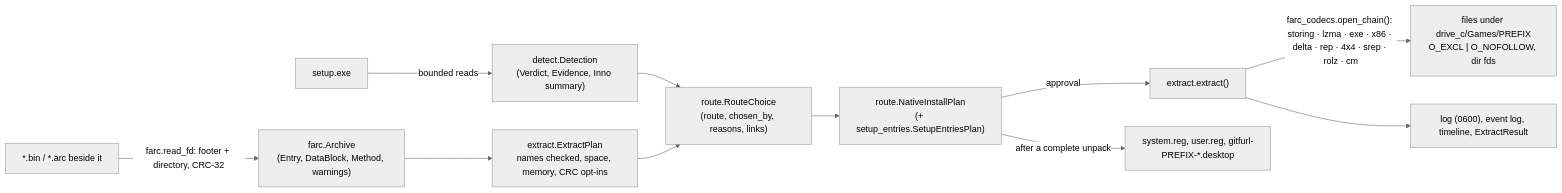
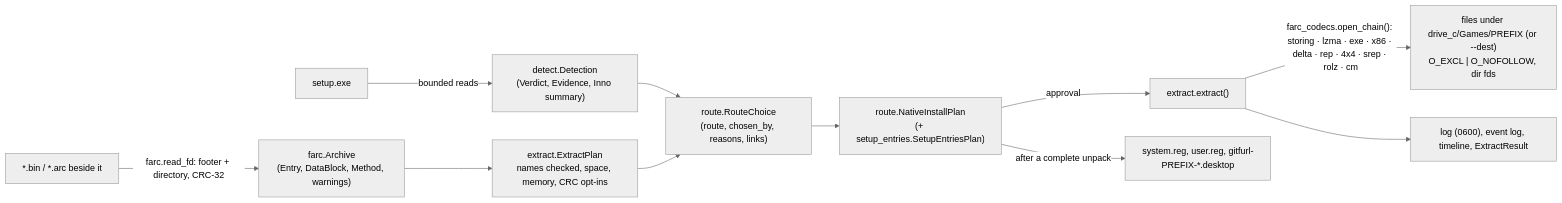
Before and after one commit to undecuple/gitfurl: the fifth of 6 diagrams in docs/code-map.md, drawn with Mermaid (neutral theme). The commit also changed other lines of this file and 13 other files, not shown here.

Commit message:
Native route: choose the destination folder on the prefix's drive C: (--dest, window) (#71)

````diff
--- a/docs/code-map.md
+++ b/docs/code-map.md
@@ -179,13 +179,13 @@
 ```mermaid
 flowchart LR
   I["setup.exe"] -->|bounded reads| D["detect.Detection<br/>(Verdict, Evidence, Inno summary)"]
   A["*.bin / *.arc beside it"] -->|farc.read_fd: footer + directory, CRC-32| FA["farc.Archive<br/>(Entry, DataBlock, Method, warnings)"]
   FA --> EP["extract.ExtractPlan<br/>names checked, space, memory, CRC opt-ins"]
   D --> RC["route.RouteChoice<br/>(route, chosen_by, reasons, links)"]
   EP --> RC
   RC --> NP["route.NativeInstallPlan<br/>(+ setup_entries.SetupEntriesPlan)"]
   NP -->|approval| X["extract.extract()"]
-  X -->|"farc_codecs.open_chain(): storing · lzma · exe · x86 · delta · rep · 4x4 · srep · rolz · cm"| F["files under drive_c/Games/PREFIX<br/>O_EXCL | O_NOFOLLOW, dir fds"]
+  X -->|"farc_codecs.open_chain(): storing · lzma · exe · x86 · delta · rep · 4x4 · srep · rolz · cm"| F["files under drive_c/Games/PREFIX (or --dest)<br/>O_EXCL | O_NOFOLLOW, dir fds"]
   X --> L["log (0600), event log, timeline, ExtractResult"]
   NP -->|after a complete unpack| S["system.reg, user.reg, gitfurl-PREFIX-*.desktop"]
 ```
````
